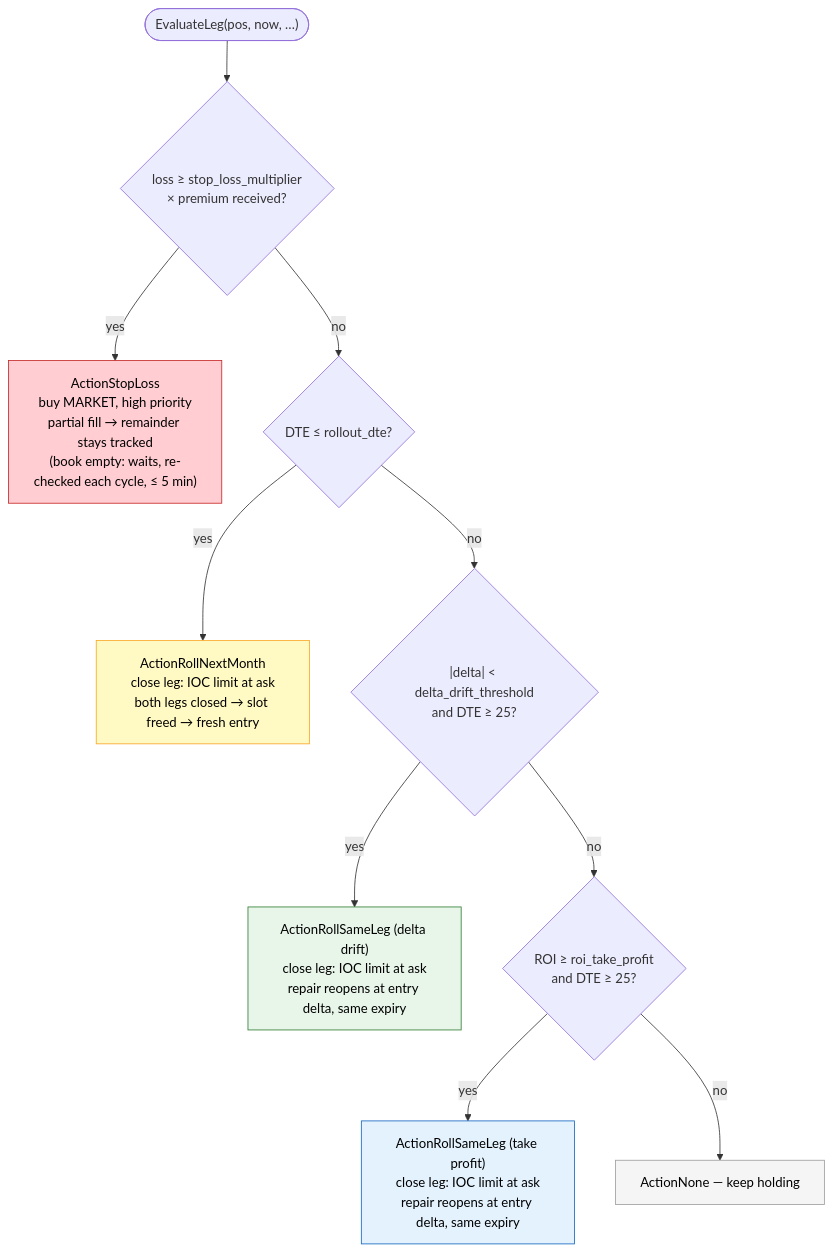
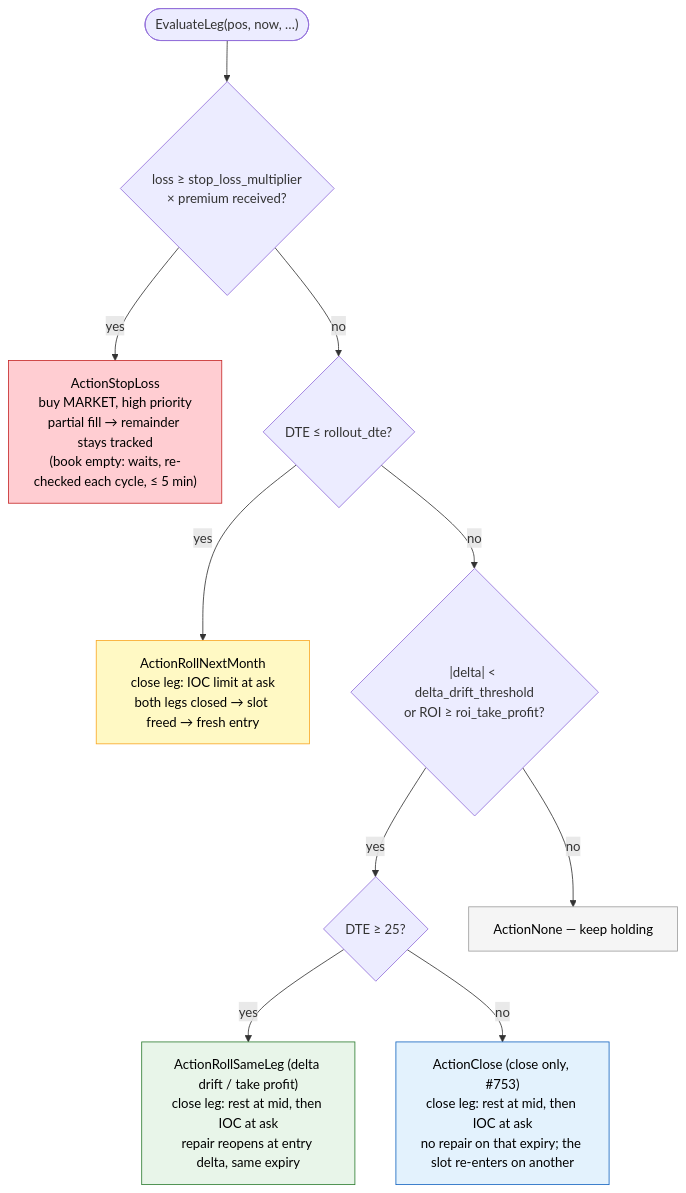
The diagram in docs/strategy_rollout.mmd (rchau73/optionsBot), drawn with Mermaid before and after one commit. The commit also changed 35 other files, not shown here.

First line of the commit message:
Take-profit and delta drift under 25 DTE close only, re-enter on another expiry (#753)

```diff
--- a/docs/strategy_rollout.mmd
+++ b/docs/strategy_rollout.mmd
@@ -1,15 +1,15 @@
 flowchart TD
     A(["EvaluateLeg(pos, now, …)"]) --> B{"loss ≥ stop_loss_multiplier<br/>× premium received?"}
     B -- "yes" --> C["ActionStopLoss<br/>buy MARKET, high priority<br/>partial fill → remainder stays tracked<br/>(book empty: waits, re-checked each cycle, ≤ 5 min)"]
     B -- "no" --> D{"DTE ≤ rollout_dte?"}
     D -- "yes" --> E["ActionRollNextMonth<br/>close leg: IOC limit at ask<br/>both legs closed → slot freed → fresh entry"]
-    D -- "no" --> F{"|delta| < delta_drift_threshold<br/>and DTE ≥ 25?"}
-    F -- "yes" --> G["ActionRollSameLeg (delta drift)<br/>close leg: IOC limit at ask<br/>repair reopens at entry delta, same expiry"]
-    F -- "no" --> H{"ROI ≥ roi_take_profit<br/>and DTE ≥ 25?"}
-    H -- "yes" --> I["ActionRollSameLeg (take profit)<br/>close leg: IOC limit at ask<br/>repair reopens at entry delta, same expiry"]
-    H -- "no" --> J["ActionNone — keep holding"]
+    D -- "no" --> F{"|delta| < delta_drift_threshold<br/>or ROI ≥ roi_take_profit?"}
+    F -- "yes" --> H{"DTE ≥ 25?"}
+    H -- "yes" --> G["ActionRollSameLeg (delta drift / take profit)<br/>close leg: rest at mid, then IOC at ask<br/>repair reopens at entry delta, same expiry"]
+    H -- "no" --> I["ActionClose (close only, #753)<br/>close leg: rest at mid, then IOC at ask<br/>no repair on that expiry; the slot re-enters on another"]
+    F -- "no" --> J["ActionNone — keep holding"]
     style C fill:#ffcdd2,stroke:#c62828,color:#000
     style E fill:#fff9c4,stroke:#f9a825,color:#000
     style G fill:#e8f5e9,stroke:#2e7d32,color:#000
     style I fill:#e3f2fd,stroke:#1565c0,color:#000
     style J fill:#f5f5f5,stroke:#9e9e9e,color:#000
```
